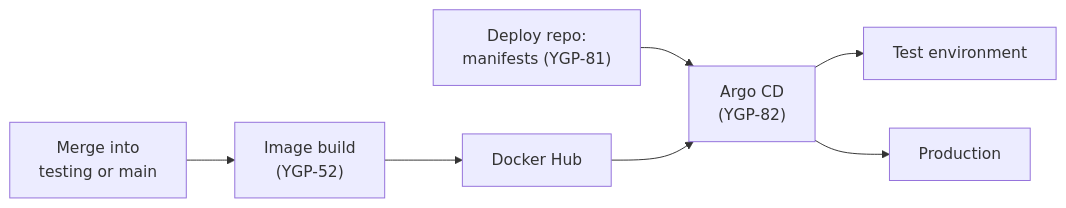
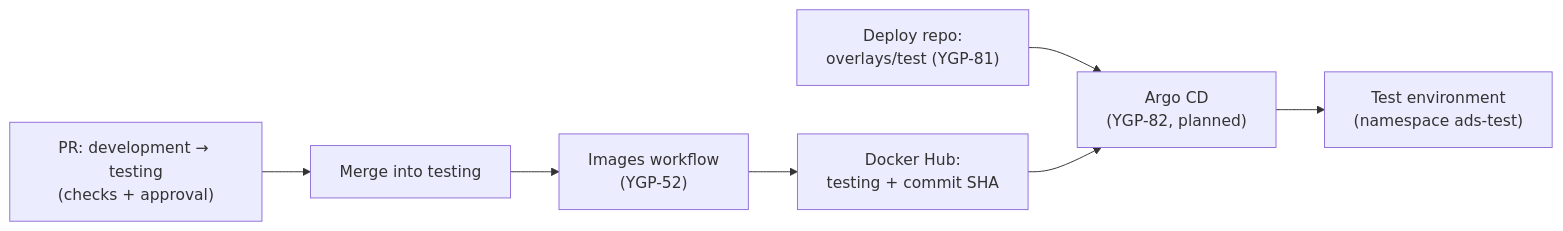
Before and after one commit to WH1TE-SHAD0W/ai-dubbing-studio: the diagram in docs/deployment.md, drawn with Mermaid. The commit also changed other lines of this file and 1 other file, not shown here.

Commit message:
docs: release steps, K3s rollback and the rollback drill (YGP-83)

````diff
--- a/docs/deployment.md
+++ b/docs/deployment.md
@@ -69,9 +70,9 @@
 ```mermaid
 flowchart LR
-    merge["Merge into<br>testing or main"] --> build["Image build<br>(YGP-52)"]
-    build --> hub["Docker Hub"]
-    git["Deploy repo:<br>manifests (YGP-81)"] --> argo["Argo CD<br>(YGP-82)"]
+    pr["PR: development → testing<br>(checks + approval)"] --> merge["Merge into testing"]
+    merge --> build["Images workflow<br>(YGP-52)"]
+    build --> hub["Docker Hub:<br>testing + commit SHA"]
+    git["Deploy repo:<br>overlays/test (YGP-81)"] --> argo["Argo CD<br>(YGP-82, planned)"]
     hub --> argo
-    argo --> test["Test environment"]
-    argo --> prod["Production"]
+    argo --> test["Test environment<br>(namespace ads-test)"]
 ```
````
